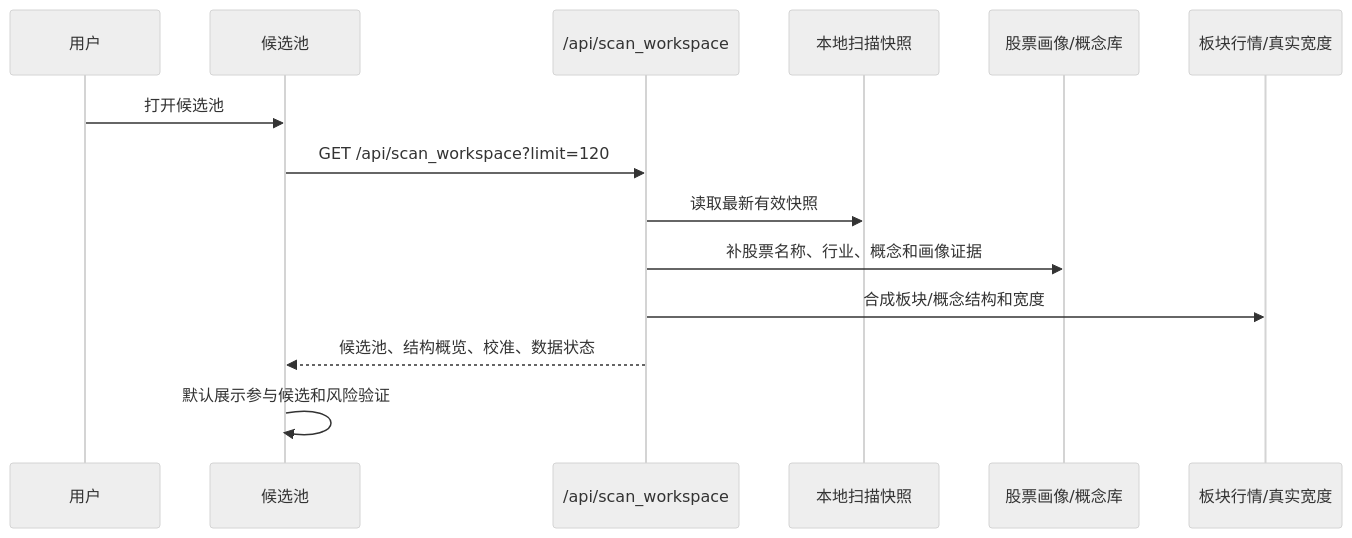
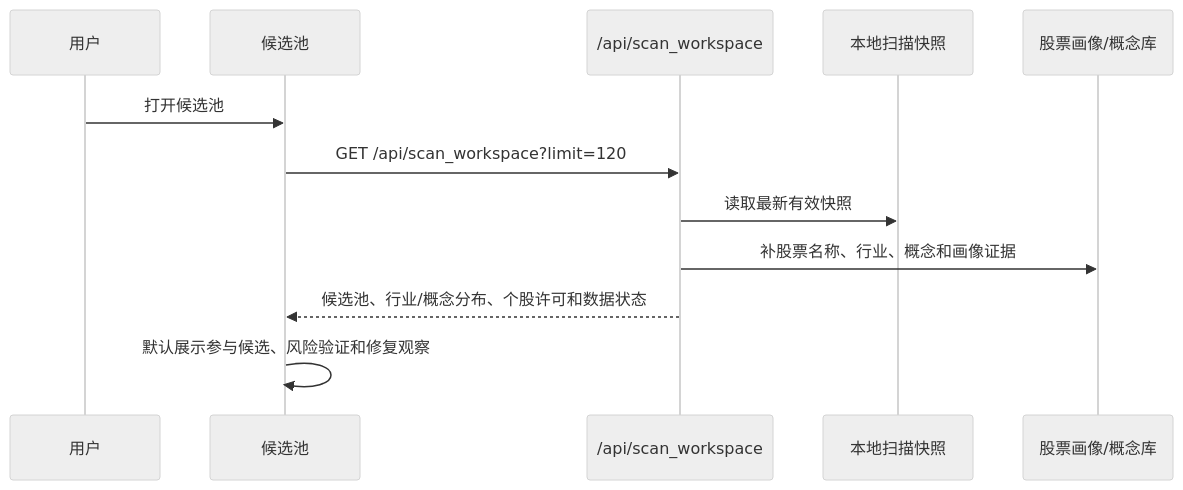
One commit to moyla-dva/stock changed the second of 4 diagrams in docs/data-flow.md. Above: the diagram before and after it, drawn with Mermaid (neutral theme). The commit also changed other lines of this file and 196 other files, not shown here.

````diff
--- a/docs/data-flow.md
+++ b/docs/data-flow.md
@@ -104,17 +102,15 @@
 ```mermaid
 sequenceDiagram
     participant U as 用户
     participant UI as 候选池
     participant API as /api/scan_workspace
     participant S as 本地扫描快照
     participant P as 股票画像/概念库
-    participant B as 板块行情/真实宽度
 
     U->>UI: 打开候选池
     UI->>API: GET /api/scan_workspace?limit=120
     API->>S: 读取最新有效快照
     API->>P: 补股票名称、行业、概念和画像证据
-    API->>B: 合成板块/概念结构和宽度
-    API-->>UI: 候选池、结构概览、校准、数据状态
-    UI->>UI: 默认展示参与候选和风险验证
+    API-->>UI: 候选池、行业/概念分布、个股许可和数据状态
+    UI->>UI: 默认展示参与候选、风险验证和修复观察
 ```
````
